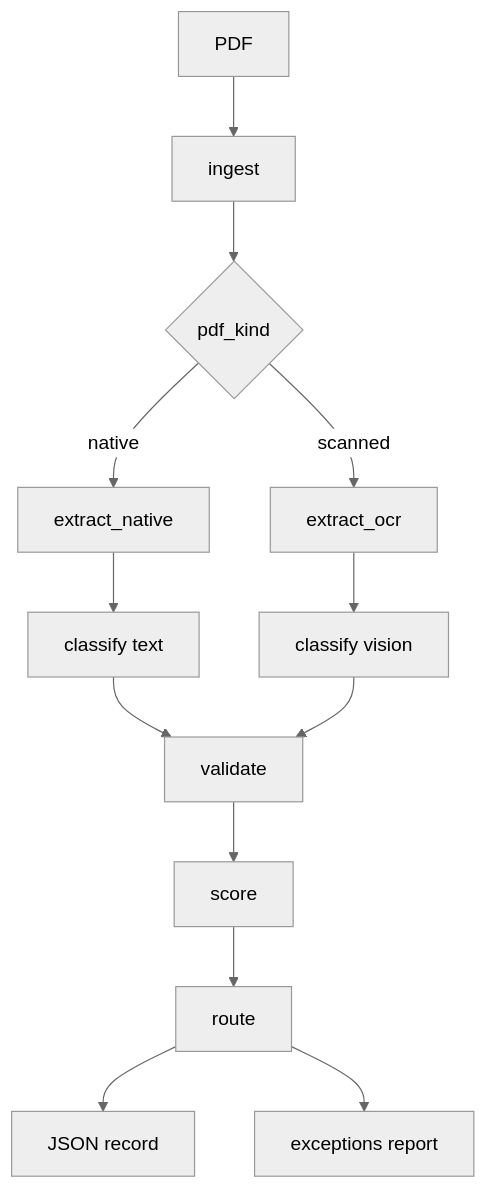
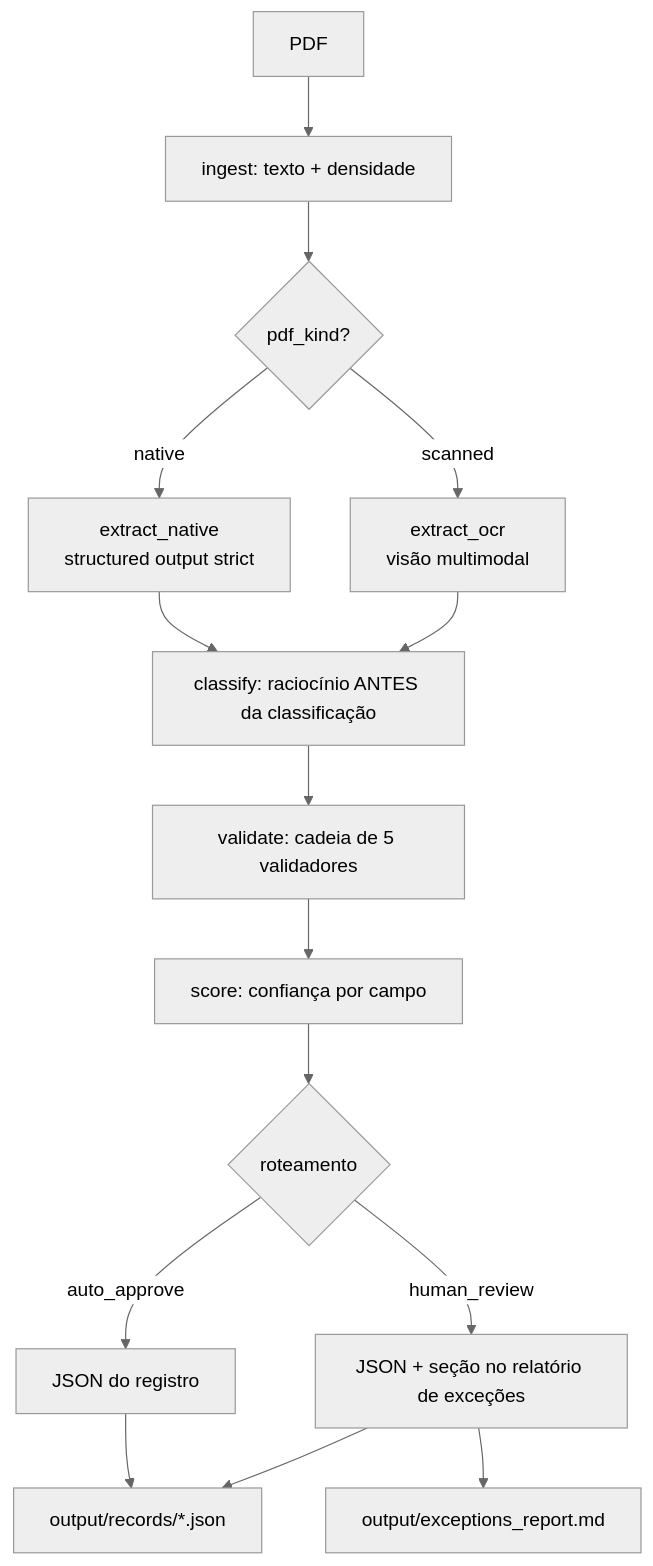
Before and after one commit to araujojv/teste_tecnico_btg: the diagram in README.md, drawn with Mermaid (neutral theme). The commit also changed other lines of this file and 8 other files, not shown here.

````diff
--- a/README.md
+++ b/README.md
@@ -21,15 +17,17 @@
 ```mermaid
 flowchart TD
-  pdf[PDF] --> ingest[ingest]
-  ingest --> kind{pdf_kind}
-  kind -->|native| extN[extract_native]
-  kind -->|scanned| extO[extract_ocr]
-  extN --> clfT[classify text]
-  extO --> clfV[classify vision]
-  clfT --> val[validate]
-  clfV --> val
-  val --> score[score]
-  score --> route[route]
-  route --> outJSON[JSON record]
-  route --> outMD[exceptions report]
+    A[PDF] --> B[ingest: texto + densidade]
+    B --> C{pdf_kind?}
+    C -- native --> D[extract_native<br/>structured output strict]
+    C -- scanned --> E[extract_ocr<br/>visão multimodal]
+    D --> F[classify: raciocínio ANTES da classificação]
+    E --> F
+    F --> G[validate: cadeia de 5 validadores]
+    G --> H[score: confiança por campo]
+    H --> I{roteamento}
+    I -- auto_approve --> J[JSON do registro]
+    I -- human_review --> K[JSON + seção no relatório de exceções]
+    J --> L[output/records/*.json]
+    K --> L
+    K --> M[output/exceptions_report.md]
 ```
````
